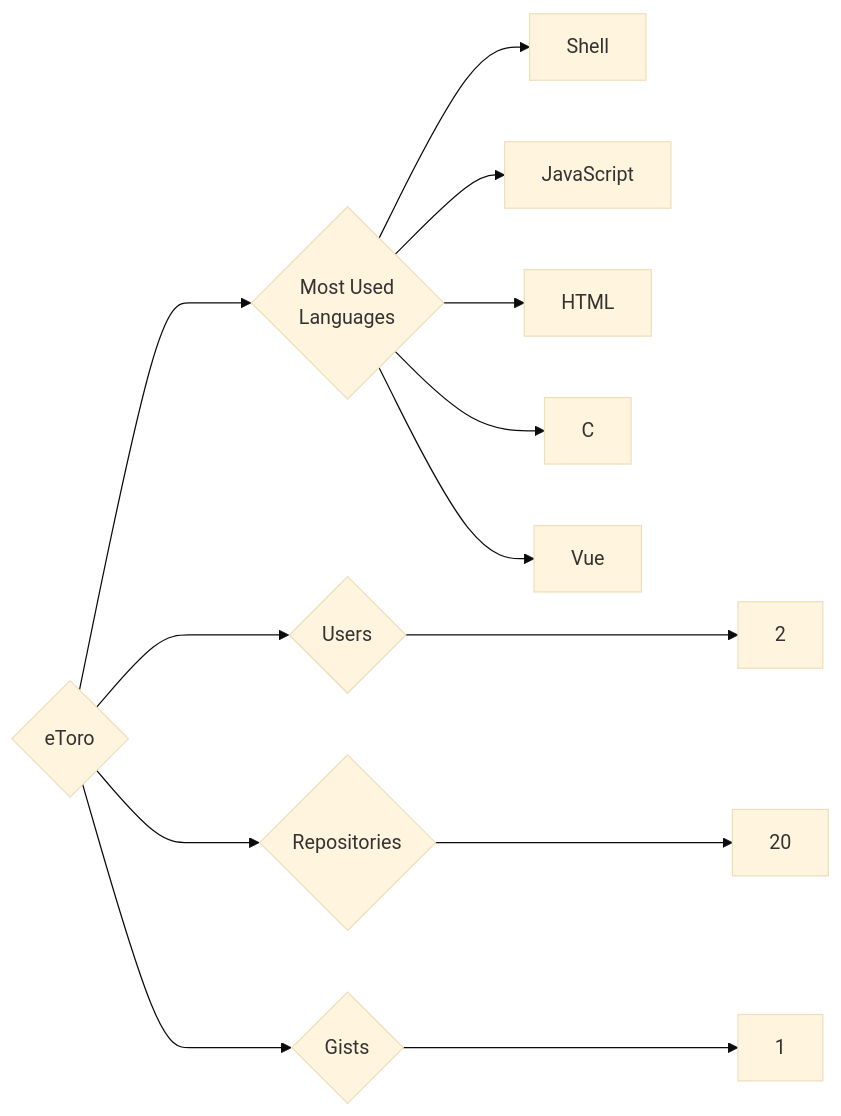
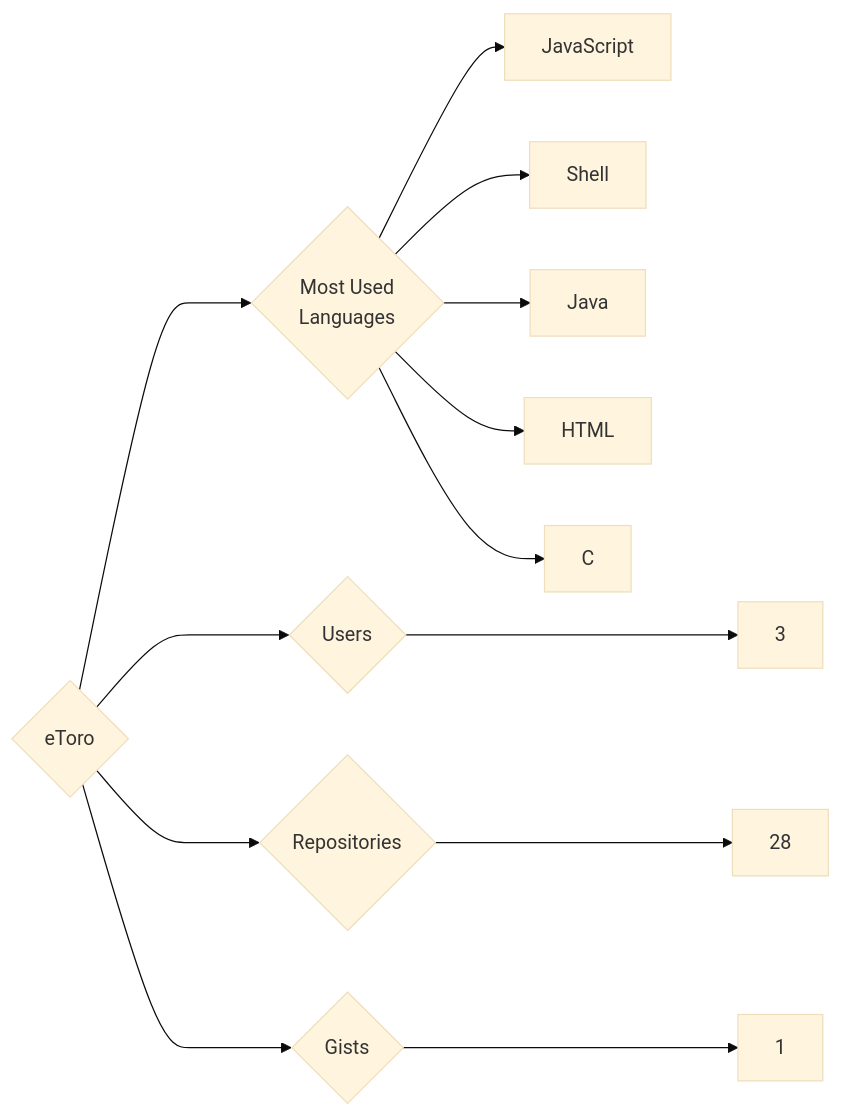
One commit to trickest/insiders changed the diagram in targets/eToro/README.md. Above: the diagram before and after it, drawn with Mermaid (base theme). The commit also changed 1023 other files, not shown here.

````diff
--- a/targets/eToro/README.md
+++ b/targets/eToro/README.md
@@ -3,13 +3,13 @@
 ```mermaid
 graph LR
 COMPANY_NAME{eToro}
-COMPANY_NAME ---> U{Users} ---> UN[2]
-COMPANY_NAME ---> R{Repositories} ---> RN[20]
+COMPANY_NAME ---> U{Users} ---> UN[3]
+COMPANY_NAME ---> R{Repositories} ---> RN[28]
 COMPANY_NAME ---> G{Gists} ---> GN[1]
 COMPANY_NAME ---> ML{Most Used<br>Languages}
+ML --> JavaScript[JavaScript]
 ML --> Shell[Shell]
-ML --> JavaScript[JavaScript]
+ML --> Java[Java]
 ML --> HTML[HTML]
 ML --> C[C]
-ML --> Vue[Vue]
 ```
````
